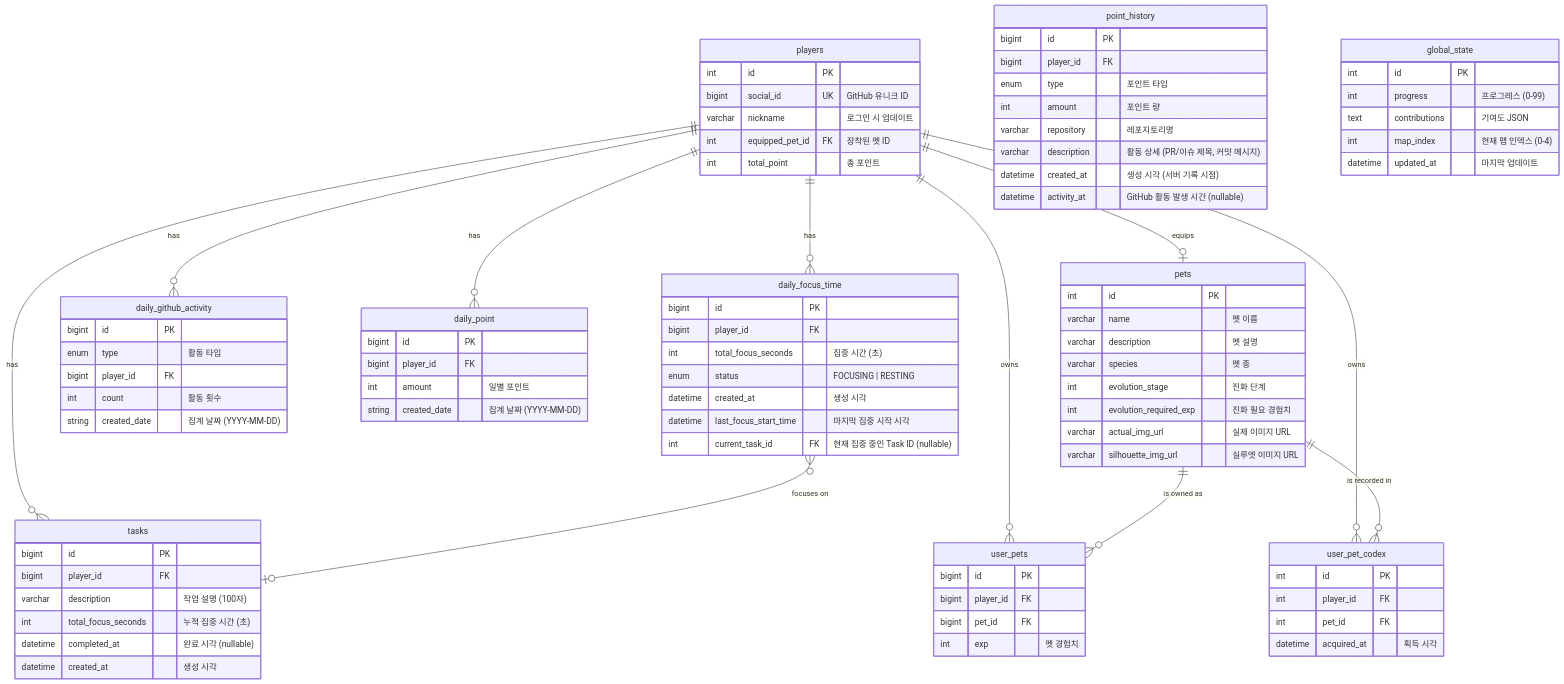
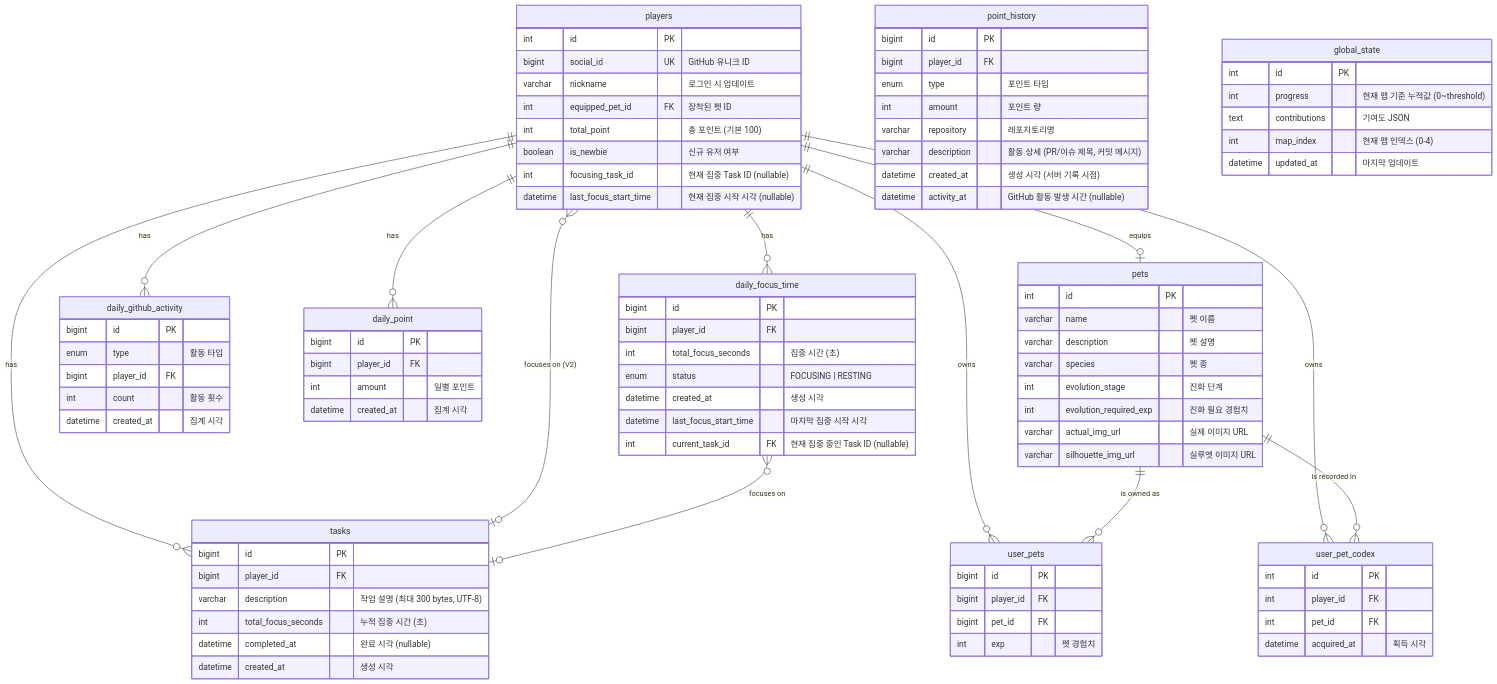
One commit to boostcampwm2025/web19-estrogenquattro changed the diagram in docs/guides/ERD.md. Above: the diagram before and after it, drawn with Mermaid. The commit also changed other lines of this file and 97 other files, not shown here.

```diff
--- a/docs/guides/ERD.md
+++ b/docs/guides/ERD.md
@@ -19,6 +19,7 @@
     pets ||--o{ user_pets : "is owned as"
     pets ||--o{ user_pet_codex : "is recorded in"
     players ||--o| pets : "equips"
+    players }o--o| tasks : "focuses on (V2)"
     daily_focus_time }o--o| tasks : "focuses on"
 
     players {
@@ -26,13 +27,16 @@
         bigint social_id UK "GitHub 유니크 ID"
         varchar nickname "로그인 시 업데이트"
         int equipped_pet_id FK "장착된 펫 ID"
-        int total_point "총 포인트"
+        int total_point "총 포인트 (기본 100)"
+        boolean is_newbie "신규 유저 여부"
+        int focusing_task_id "현재 집중 Task ID (nullable)"
+        datetime last_focus_start_time "현재 집중 시작 시각 (nullable)"
     }
 
     tasks {
         bigint id PK
         bigint player_id FK
-        varchar description "작업 설명 (100자)"
+        varchar description "작업 설명 (최대 300 bytes, UTF-8)"
         int total_focus_seconds "누적 집중 시간 (초)"
         datetime completed_at "완료 시각 (nullable)"
         datetime created_at "생성 시각"
@@ -71,14 +75,14 @@
         enum type "활동 타입"
         bigint player_id FK
         int count "활동 횟수"
-        string created_date "집계 날짜 (YYYY-MM-DD)"
+        datetime created_at "집계 시각"
     }
 
     daily_point {
         bigint id PK
         bigint player_id FK
         int amount "일별 포인트"
-        string created_date "집계 날짜 (YYYY-MM-DD)"
+        datetime created_at "집계 시각"
     }
 
     point_history {
@@ -101,7 +105,7 @@
 
     global_state {
         int id PK
-        int progress "프로그레스 (0-99)"
+        int progress "현재 맵 기준 누적값 (0~threshold)"
         text contributions "기여도 JSON"
         int map_index "현재 맵 인덱스 (0-4)"
         datetime updated_at "마지막 업데이트"
```
